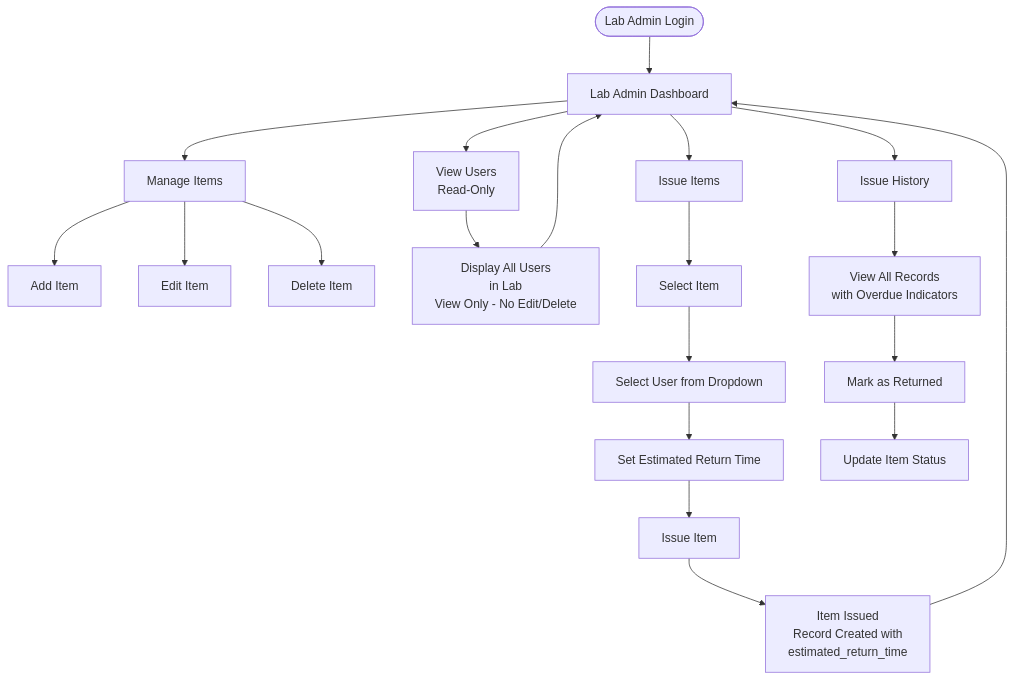
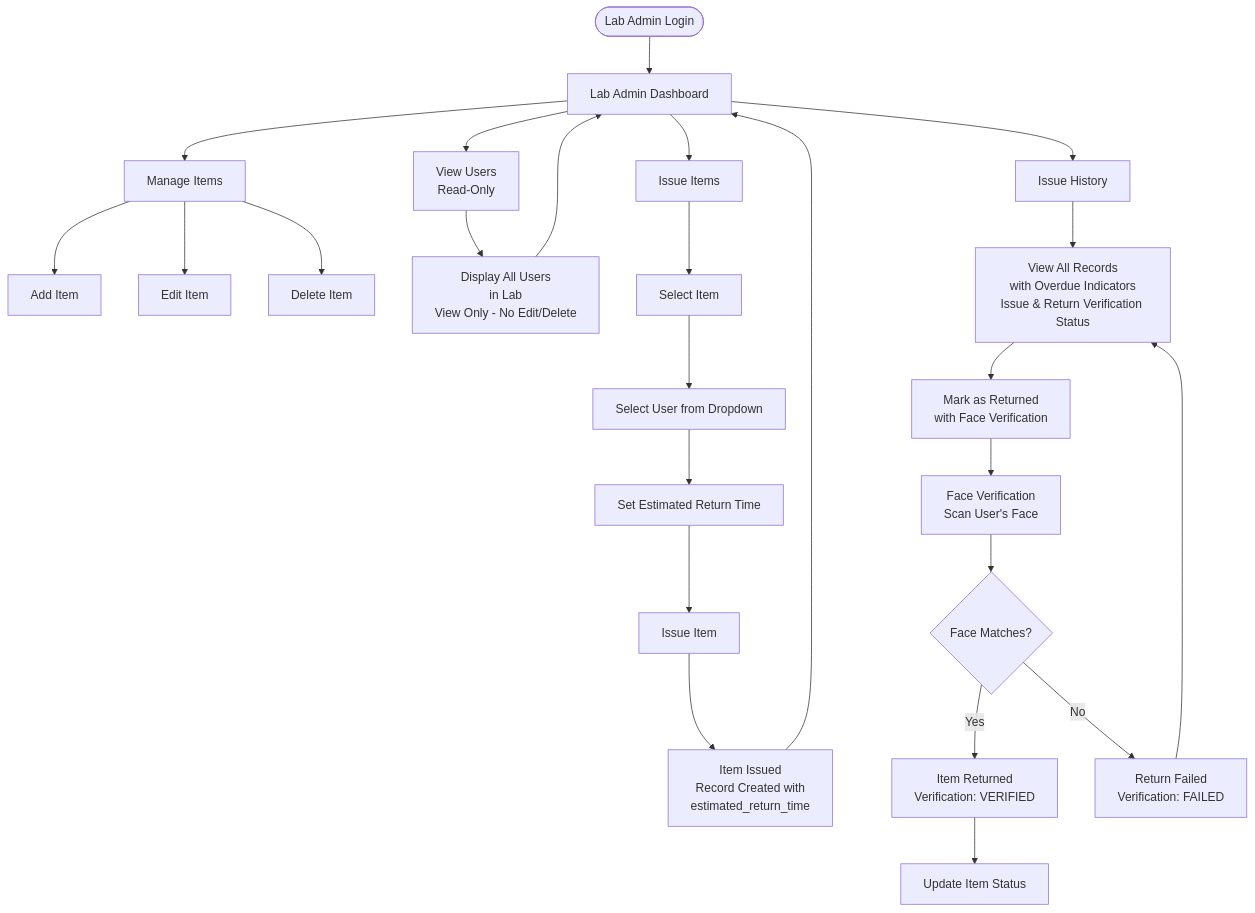
One commit to bejoy-jbt/Laboratory-Items-Issue-Management-System- changed the fourth of 18 diagrams in docs/DIAGRAMS.md. Above: the diagram before and after it, drawn with Mermaid. The commit also changed other lines of this file and 65 other files, not shown here.

````diff
--- a/docs/DIAGRAMS.md
+++ b/docs/DIAGRAMS.md
@@ -220,26 +234,31 @@
 ```mermaid
 flowchart TD
     START([Lab Admin Login]) --> DASH[Lab Admin Dashboard]
     DASH --> MANAGE_ITEMS[Manage Items]
     DASH --> VIEW_USERS[View Users<br/>Read-Only]
     DASH --> ISSUE[Issue Items]
     DASH --> HISTORY[Issue History]
     
     MANAGE_ITEMS --> ADD_ITEM[Add Item]
     MANAGE_ITEMS --> EDIT_ITEM[Edit Item]
     MANAGE_ITEMS --> DELETE_ITEM[Delete Item]
     
     VIEW_USERS --> USER_LIST[Display All Users<br/>in Lab<br/>View Only - No Edit/Delete]
     USER_LIST --> DASH
     
     ISSUE --> SELECT_ITEM[Select Item]
     SELECT_ITEM --> SELECT_USER[Select User from Dropdown]
     SELECT_USER --> SET_EST_RETURN[Set Estimated Return Time]
     SET_EST_RETURN --> SUBMIT_ISSUE[Issue Item]
     SUBMIT_ISSUE --> SUCCESS_ISSUE[Item Issued<br/>Record Created with<br/>estimated_return_time]
     SUCCESS_ISSUE --> DASH
     
-    HISTORY --> VIEW_RECORDS[View All Records<br/>with Overdue Indicators]
-    VIEW_RECORDS --> RETURN[Mark as Returned]
-    RETURN --> UPDATE_STATUS[Update Item Status]
+    HISTORY --> VIEW_RECORDS[View All Records<br/>with Overdue Indicators<br/>Issue & Return Verification Status]
+    VIEW_RECORDS --> RETURN[Mark as Returned<br/>with Face Verification]
+    RETURN --> FACE_VERIFY_RETURN_LA[Face Verification<br/>Scan User's Face]
+    FACE_VERIFY_RETURN_LA --> VERIFY_RETURN_LA{Face Matches?}
+    VERIFY_RETURN_LA -->|Yes| RETURN_SUCCESS_LA[Item Returned<br/>Verification: VERIFIED]
+    VERIFY_RETURN_LA -->|No| RETURN_FAIL_LA[Return Failed<br/>Verification: FAILED]
+    RETURN_SUCCESS_LA --> UPDATE_STATUS[Update Item Status]
+    RETURN_FAIL_LA --> VIEW_RECORDS
 ```
````
